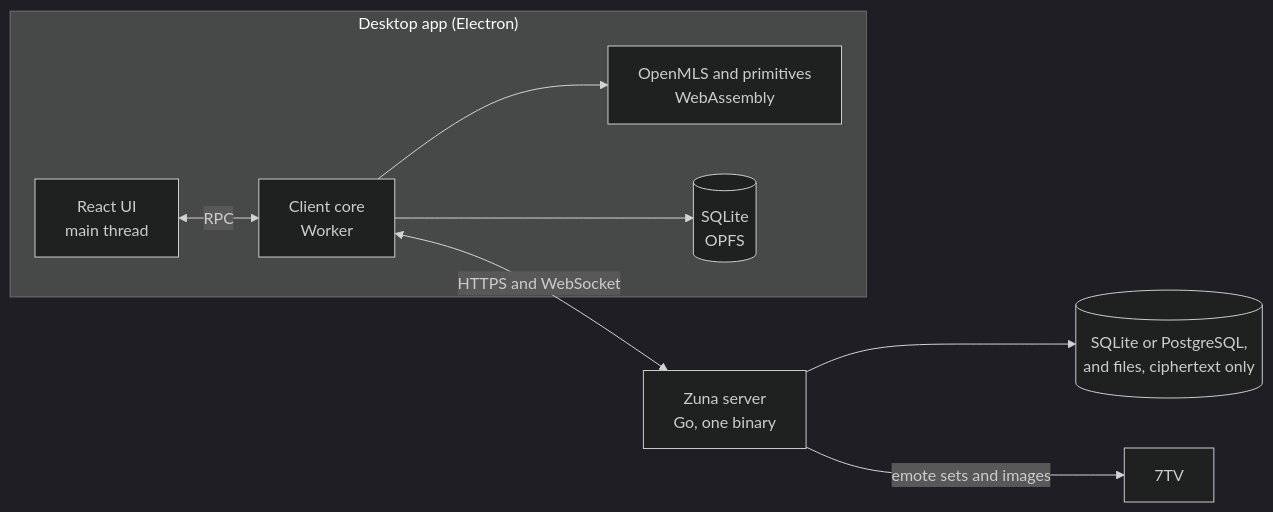
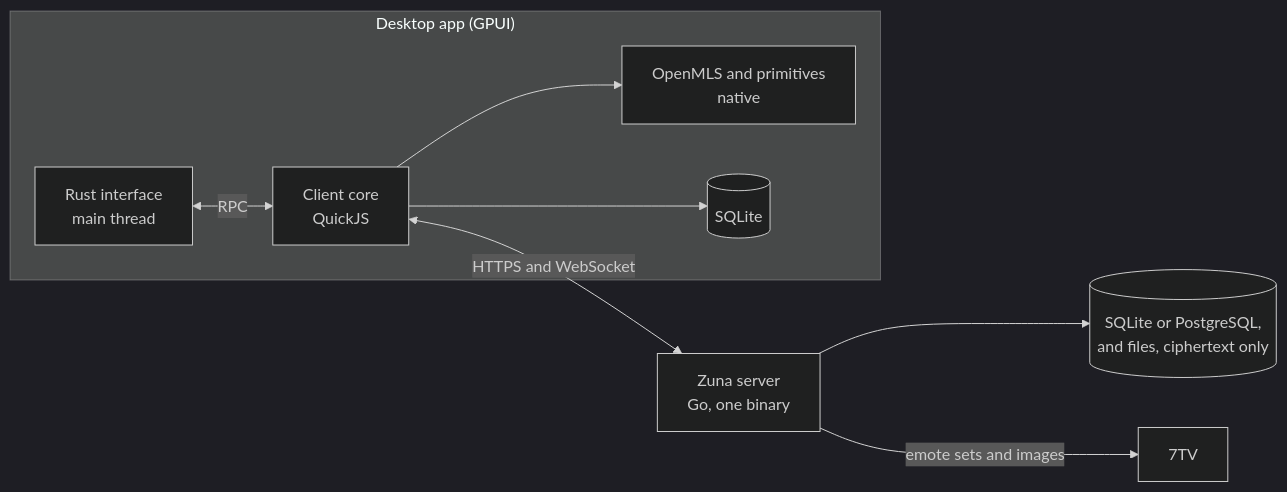
Before and after one commit to zuna-app/zuna: the first of 2 diagrams in docs/ARCHITECTURE.md, drawn with Mermaid (dark theme). The commit also changed other lines of this file and 103 other files, not shown here.

First line of the commit message:
Remove the Electron app

````diff
--- a/docs/ARCHITECTURE.md
+++ b/docs/ARCHITECTURE.md
@@ -3,18 +3,18 @@
 ```mermaid
 flowchart LR
-  subgraph App["Desktop app (Electron)"]
-    UI["React UI<br/>main thread"]
-    Core["Client core<br/>Worker"]
-    Crypto["OpenMLS and primitives<br/>WebAssembly"]
-    DB[("SQLite<br/>OPFS")]
+  subgraph App["Desktop app (GPUI)"]
+    UI["Rust interface<br/>main thread"]
+    Core["Client core<br/>QuickJS"]
+    Crypto["OpenMLS and primitives<br/>native"]
+    DB[("SQLite")]
     UI <-->|RPC| Core
     Core --> Crypto
     Core --> DB
   end
   Server["Zuna server<br/>Go, one binary"]
   Store[("SQLite or PostgreSQL,<br/>and files, ciphertext only")]
   SevenTV["7TV"]
   Core <-->|"HTTPS and WebSocket"| Server
   Server --> Store
   Server -->|"emote sets and images"| SevenTV
 ```
````
